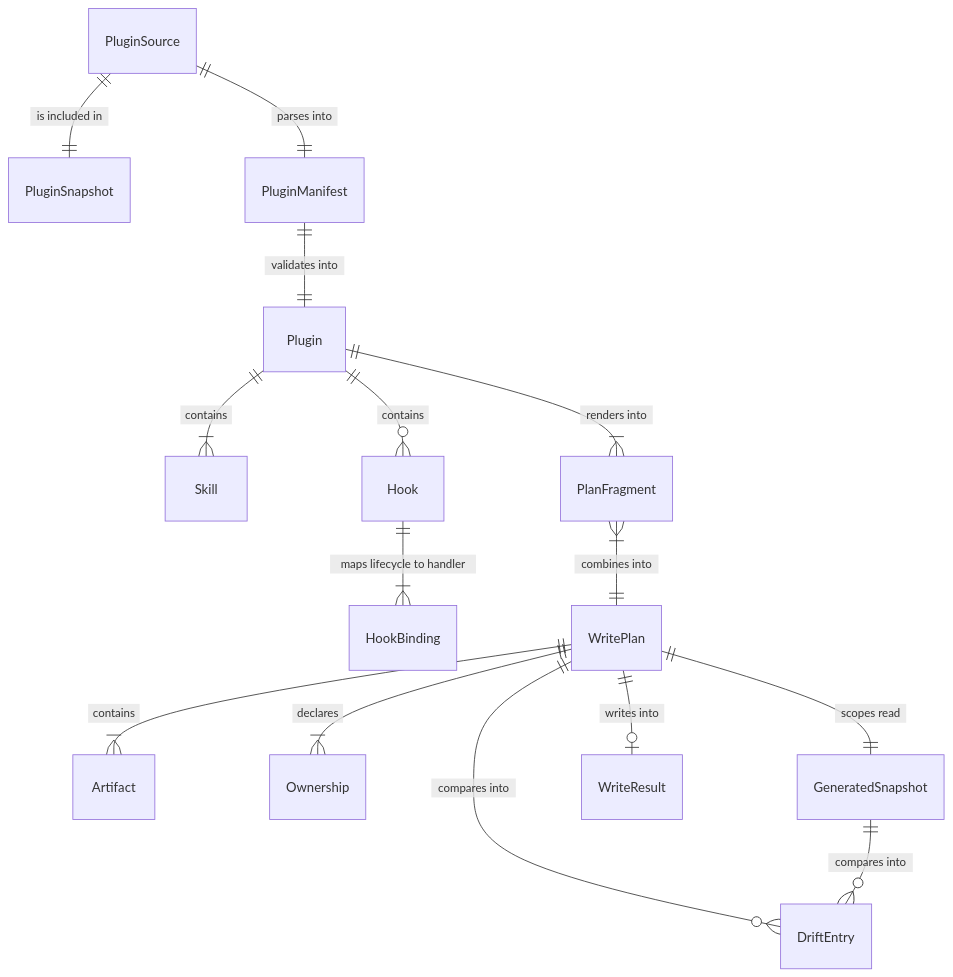
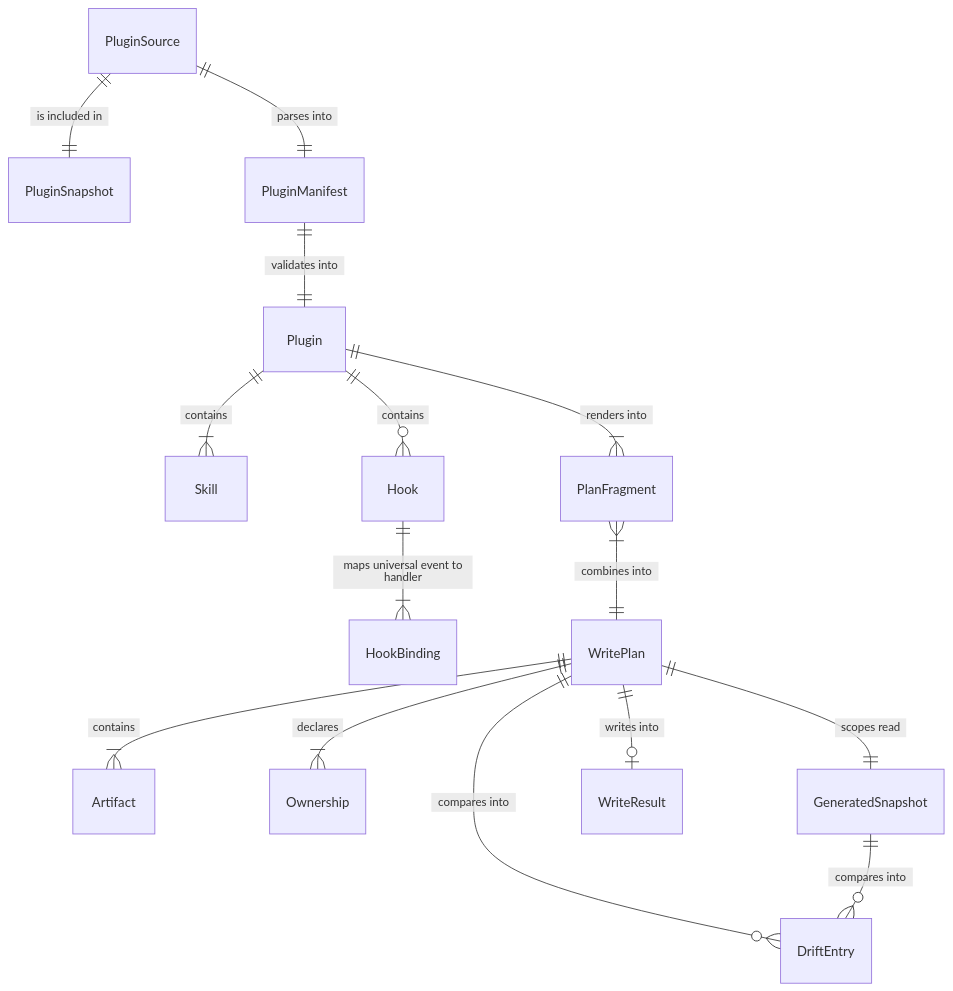
Before and after one commit to fam-tung-lam/ptlam-agent-plugin-compiler: the third of 9 diagrams in docs/ARCHITECTURE.md, drawn with Mermaid. The commit also changed other lines of this file and 39 other files, not shown here.

First line of the commit message:
feat(hooks): support universal hook events

````diff
--- a/docs/ARCHITECTURE.md
+++ b/docs/ARCHITECTURE.md
@@ -178,21 +178,21 @@
 ```mermaid
 ---
 config:
   htmlLabels: false
 ---
 erDiagram
     PluginSource ||--|| PluginSnapshot : "is included in"
     PluginSource ||--|| PluginManifest : "parses into"
     PluginManifest ||--|| Plugin : "validates into"
     Plugin ||--|{ Skill : "contains"
     Plugin ||--o{ Hook : "contains"
-    Hook ||--|{ HookBinding : "maps lifecycle to handler"
+    Hook ||--|{ HookBinding : "maps universal event to handler"
     Plugin ||--|{ PlanFragment : "renders into"
     PlanFragment }|--|| WritePlan : "combines into"
     WritePlan ||--|{ Artifact : "contains"
     WritePlan ||--|{ Ownership : "declares"
     WritePlan ||--|| GeneratedSnapshot : "scopes read"
     WritePlan ||--o{ DriftEntry : "compares into"
     GeneratedSnapshot ||--o{ DriftEntry : "compares into"
     WritePlan ||--o| WriteResult : "writes into"
 ```
````
